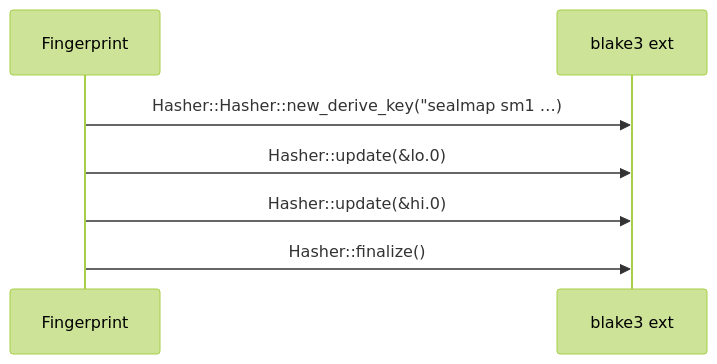
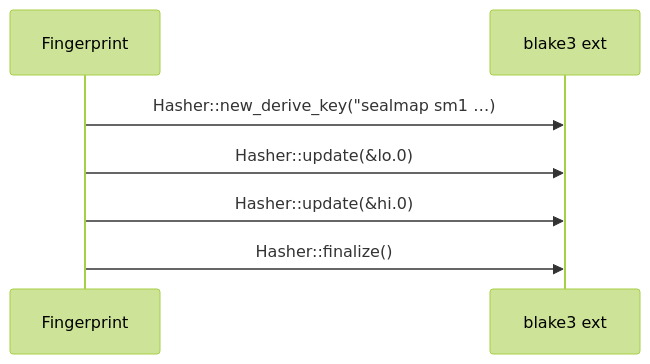
Before and after one commit to DreamLab-AI/codemaid: the fifth of 6 diagrams in docs/sealmap/crates/sealmap-model/src/hash.rs.md, drawn with Mermaid (forest theme). The commit also changed other lines of this file and 29 other files, not shown here.

````diff
--- a/docs/sealmap/crates/sealmap-model/src/hash.rs.md
+++ b/docs/sealmap/crates/sealmap-model/src/hash.rs.md
@@ -90,9 +90,9 @@
 ```mermaid
 sequenceDiagram
   participant sealmap_model__hash___tFingerprint as Fingerprint
   participant _blake3 as blake3 ext
-  sealmap_model__hash___tFingerprint->>_blake3: Hasher::Hasher::new_derive_key(#quot;sealmap sm1 …)
+  sealmap_model__hash___tFingerprint->>_blake3: Hasher::new_derive_key(#quot;sealmap sm1 …)
   sealmap_model__hash___tFingerprint->>_blake3: Hasher::update(&lo.0)
   sealmap_model__hash___tFingerprint->>_blake3: Hasher::update(&hi.0)
   sealmap_model__hash___tFingerprint->>_blake3: Hasher::finalize()
 ```
````
